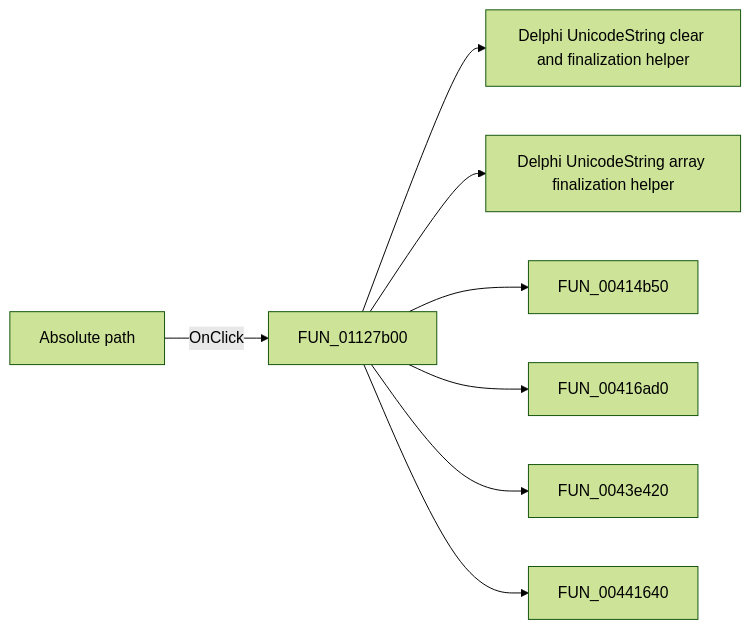
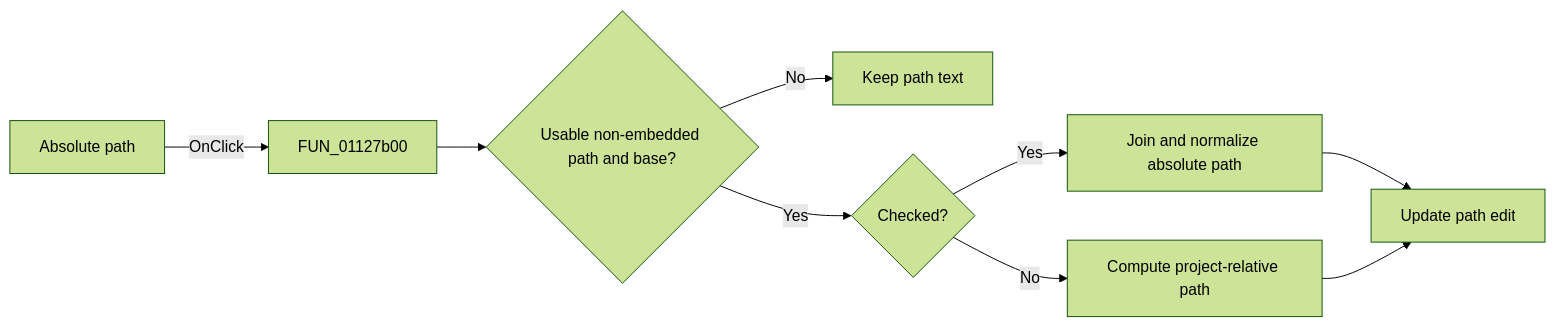
The diagram in docs/ui-controls/signaleditordlg/chkbxabsolutepath-9ff084ba6e.md (MovGP0/TIARA), drawn with Mermaid (forest theme) before and after one commit. The commit also changed other lines of this file and 1062 other files, not shown here.

````diff
--- a/docs/ui-controls/signaleditordlg/chkbxabsolutepath-9ff084ba6e.md
+++ b/docs/ui-controls/signaleditordlg/chkbxabsolutepath-9ff084ba6e.md
@@ -27,10 +33,11 @@
 ```mermaid
 flowchart LR
-    control["Absolute path"] -->|OnClick| handler["FUN_01127b00"]
-    handler --> call1["Delphi UnicodeString clear and finalization helper"]
-    handler --> call2["Delphi UnicodeString array finalization helper"]
-    handler --> call3["FUN_00414b50"]
-    handler --> call4["FUN_00416ad0"]
-    handler --> call5["FUN_0043e420"]
-    handler --> call6["FUN_00441640"]
+    control["Absolute path"] -->|"OnClick"| handler["FUN_01127b00"]
+    handler --> eligible{"Usable non-embedded path and base?"}
+    eligible -->|"No"| noop["Keep path text"]
+    eligible -->|"Yes"| checked{"Checked?"}
+    checked -->|"Yes"| absolute["Join and normalize absolute path"]
+    checked -->|"No"| relative["Compute project-relative path"]
+    absolute --> update["Update path edit"]
+    relative --> update
 ```
````
